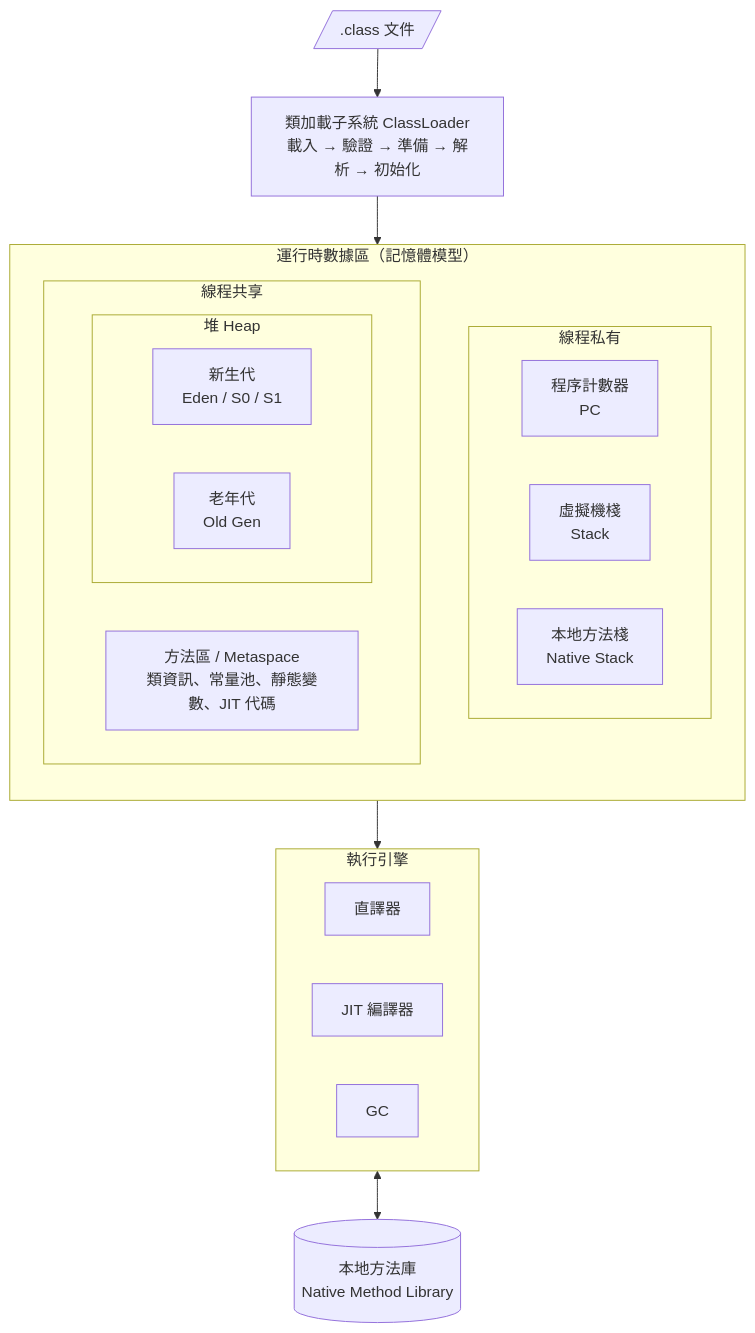
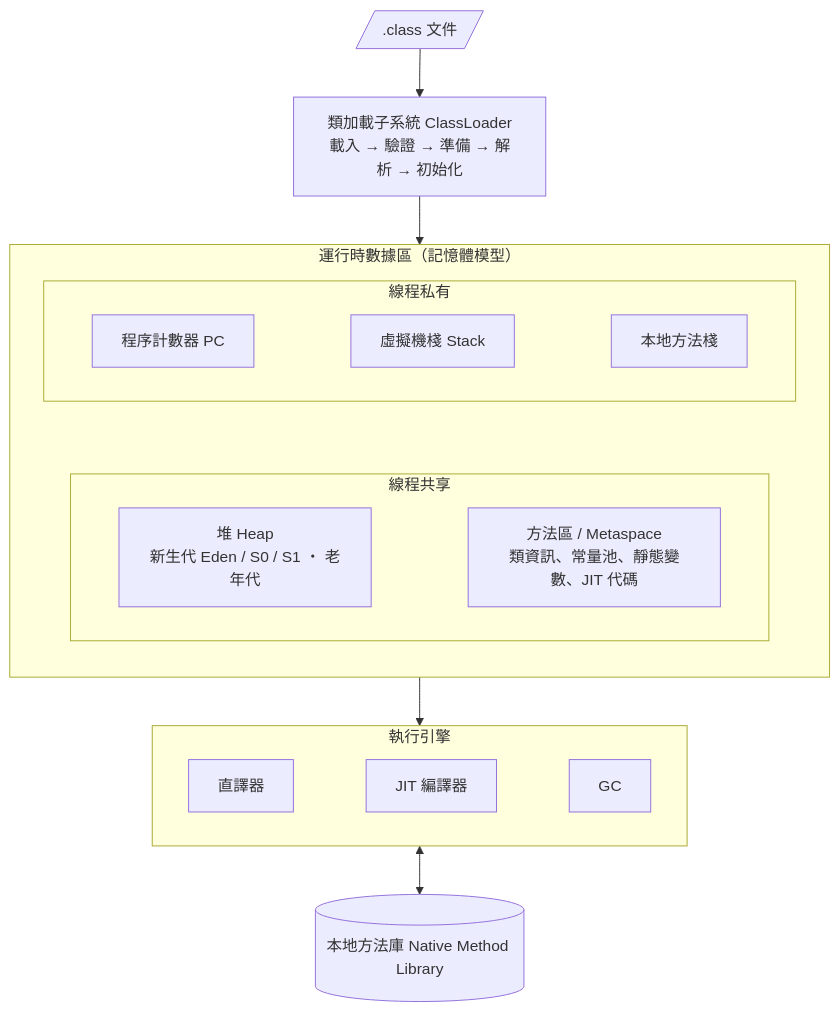
Before and after one commit to AnthonyFuFu/StudyNotes: the diagram in docs/java/jvm/architecture.md, drawn with Mermaid. The commit also changed 43 other files, not shown here.

````diff
--- a/docs/java/jvm/architecture.md
+++ b/docs/java/jvm/architecture.md
@@ -3,31 +3,23 @@
 ``` mermaid
 flowchart TB
     CLS[/".class 文件"/] --> CL["類加載子系統 ClassLoader<br>載入 → 驗證 → 準備 → 解析 → 初始化"]
     CL --> RDA
     subgraph RDA ["運行時數據區（記憶體模型）"]
         direction TB
         subgraph PRIV ["線程私有"]
             direction LR
-            PC["程序計數器<br>PC"]
-            VMS["虛擬機棧<br>Stack"]
-            NMS["本地方法棧<br>Native Stack"]
+            PC["程序計數器 PC"] ~~~ VMS["虛擬機棧 Stack"] ~~~ NMS["本地方法棧"]
         end
         subgraph SHARED ["線程共享"]
             direction LR
-            subgraph HEAP ["堆 Heap"]
-                direction LR
-                YG["新生代<br>Eden / S0 / S1"]
-                OG["老年代<br>Old Gen"]
-            end
-            MS["方法區 / Metaspace<br>類資訊、常量池、靜態變數、JIT 代碼"]
+            HEAP["堆 Heap<br>新生代 Eden / S0 / S1 ・ 老年代"] ~~~ MS["方法區 / Metaspace<br>類資訊、常量池、靜態變數、JIT 代碼"]
         end
+        PRIV ~~~ SHARED
     end
     RDA --> EE
     subgraph EE ["執行引擎"]
         direction LR
-        INT["直譯器"]
-        JIT["JIT 編譯器"]
-        GC["GC"]
+        INT["直譯器"] ~~~ JIT["JIT 編譯器"] ~~~ GC["GC"]
     end
-    EE <--> NML[("本地方法庫<br>Native Method Library")]
+    EE <--> NML[("本地方法庫 Native Method Library")]
 ```
````
